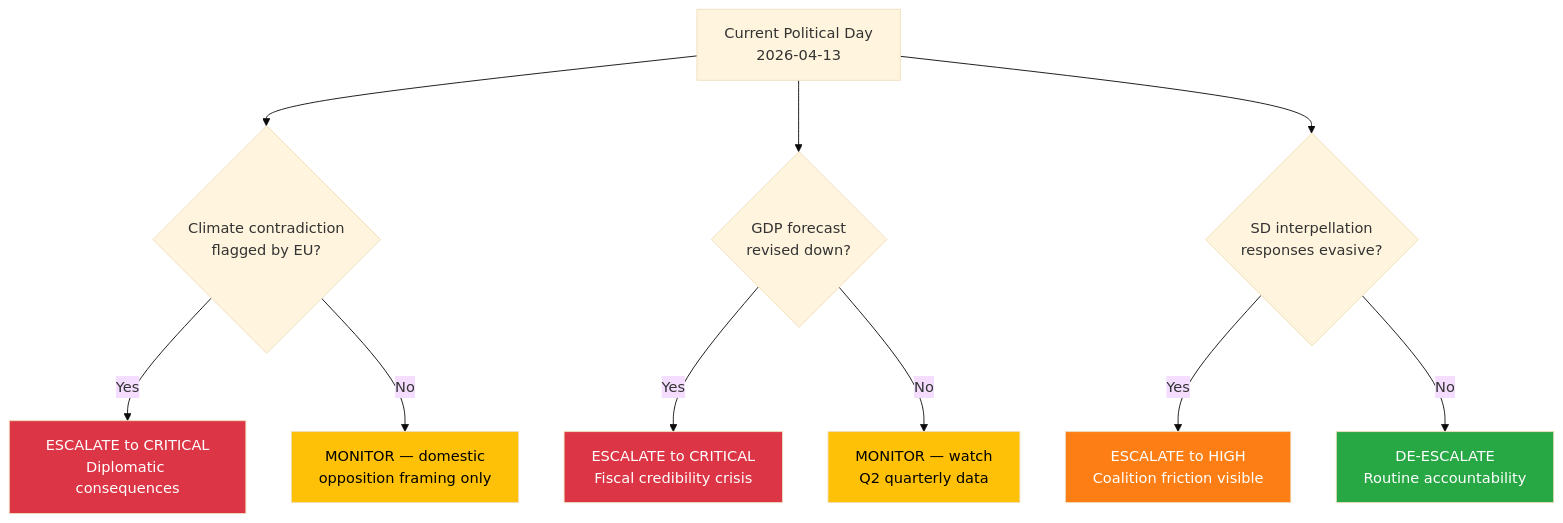
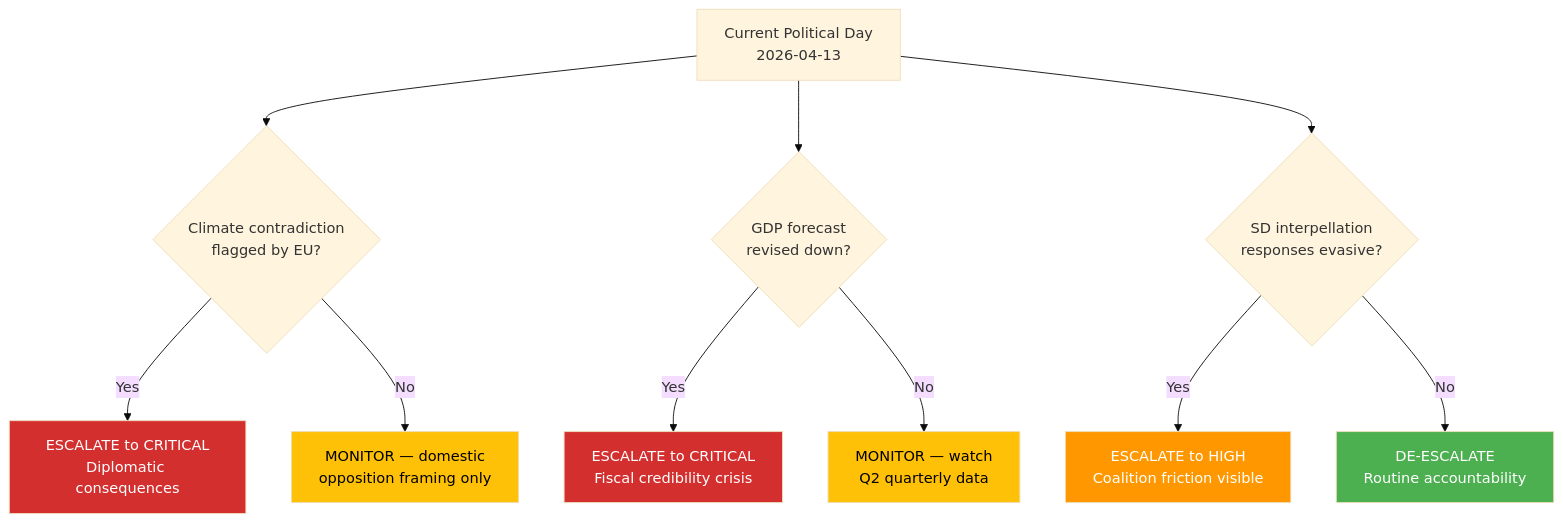
Before and after one commit to Hack23/riksdagsmonitor: the second of 2 diagrams in analysis/daily/2026-04-13/evening-analysis/threat-analysis.md, drawn with Mermaid (base theme). The commit also changed other lines of this file and 785 other files, not shown here.

First line of the commit message:
Normalize mermaid colors across 786 analysis artifacts to ISMS Style Guide palette

````diff
--- a/analysis/daily/2026-04-13/evening-analysis/threat-analysis.md
+++ b/analysis/daily/2026-04-13/evening-analysis/threat-analysis.md
@@ -101,21 +101,21 @@
 ```mermaid
 flowchart TD
     START["Current Political Day<br/>2026-04-13"] --> CHECK1{"Climate contradiction<br/>flagged by EU?"}
     CHECK1 -->|"Yes"| ESC1["ESCALATE to CRITICAL<br/>Diplomatic consequences"]
     CHECK1 -->|"No"| MON1["MONITOR — domestic<br/>opposition framing only"]
     
     START --> CHECK2{"GDP forecast<br/>revised down?"}
     CHECK2 -->|"Yes"| ESC2["ESCALATE to CRITICAL<br/>Fiscal credibility crisis"]
     CHECK2 -->|"No"| MON2["MONITOR — watch<br/>Q2 quarterly data"]
     
     START --> CHECK3{"SD interpellation<br/>responses evasive?"}
     CHECK3 -->|"Yes"| ESC3["ESCALATE to HIGH<br/>Coalition friction visible"]
     CHECK3 -->|"No"| MON3["DE-ESCALATE<br/>Routine accountability"]
     
-    style ESC1 fill:#dc3545,color:#fff
-    style ESC2 fill:#dc3545,color:#fff
-    style ESC3 fill:#fd7e14,color:#fff
-    style MON1 fill:#ffc107,color:#000
-    style MON2 fill:#ffc107,color:#000
-    style MON3 fill:#28a745,color:#fff
+    style ESC1 fill:#D32F2F,color:#FFFFFF
+    style ESC2 fill:#D32F2F,color:#FFFFFF
+    style ESC3 fill:#FF9800,color:#FFFFFF
+    style MON1 fill:#FFC107,color:#000000
+    style MON2 fill:#FFC107,color:#000000
+    style MON3 fill:#4CAF50,color:#FFFFFF
 ```
````
